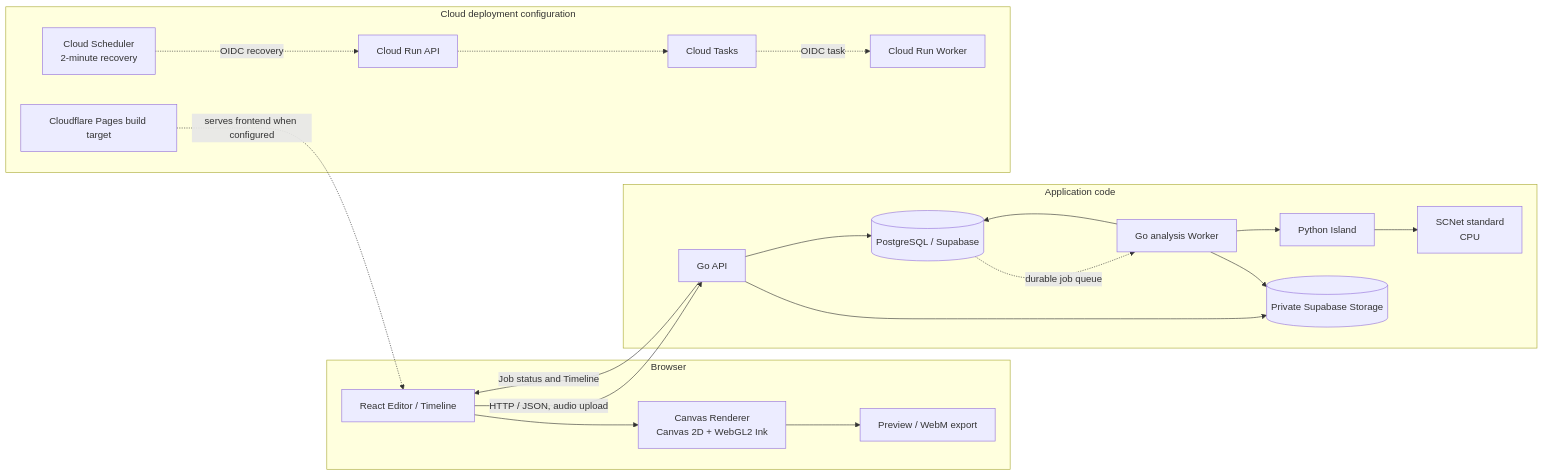
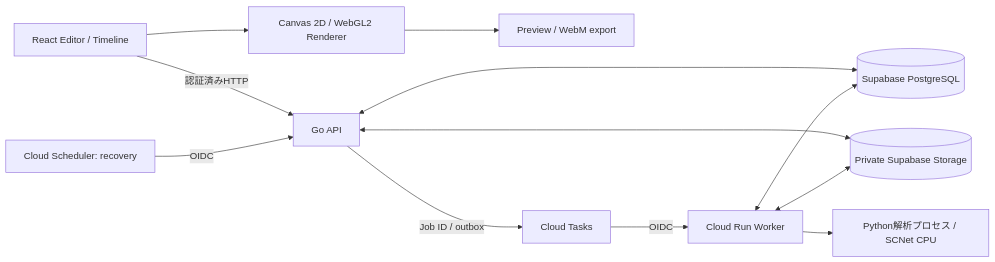
Before and after one commit to JunA-priv/audio-reactive-visual-compiler: the diagram in README.md, drawn with Mermaid. The commit also changed other lines of this file, not shown here.

````diff
--- a/README.md
+++ b/README.md
@@ -51,39 +61,14 @@
 ```mermaid
 flowchart LR
-  subgraph Client[Browser]
-    UI[React Editor / Timeline]
-    Render[Canvas Renderer<br/>Canvas 2D + WebGL2 Ink]
-    Export[Preview / WebM export]
-    UI --> Render --> Export
-  end
-
-  subgraph Services[Application code]
-    API[Go API]
-    Worker[Go analysis Worker]
-    Py[Python Island]
-    SC[SCNet standard<br/>CPU]
-    DB[(PostgreSQL / Supabase)]
-    Store[(Private Supabase Storage)]
-    Worker --> Py --> SC
-    API --> DB
-    Worker --> DB
-    API --> Store
-    Worker --> Store
-  end
-
-  UI -->|HTTP / JSON, audio upload| API
-  API -->|Job status and Timeline| UI
-  DB -. durable job queue .-> Worker
-
-  subgraph CloudTemplates[Cloud deployment configuration]
-    Tasks[Cloud Tasks]
-    Scheduler[Cloud Scheduler<br/>2-minute recovery]
-    RunAPI[Cloud Run API]
-    RunWorker[Cloud Run Worker]
-    CF[Cloudflare Pages build target]
-    RunAPI -.-> Tasks
-    Tasks -.OIDC task.-> RunWorker
-    Scheduler -.OIDC recovery.-> RunAPI
-    CF -.serves frontend when configured.-> UI
-  end
+    Browser["React Editor / Timeline"] -->|"認証済みHTTP"| API["Go API"]
+    Browser --> Renderer["Canvas 2D / WebGL2 Renderer"]
+    Renderer --> Export["Preview / WebM export"]
+    API <--> DB[("Supabase PostgreSQL")]
+    API <--> Storage[("Private Supabase Storage")]
+    API -->|"Job ID / outbox"| Tasks["Cloud Tasks"]
+    Tasks -->|"OIDC"| Worker["Cloud Run Worker"]
+    Worker --> Python["Python解析プロセス / SCNet CPU"]
+    Worker <--> DB
+    Worker <--> Storage
+    Scheduler["Cloud Scheduler: recovery"] -->|"OIDC"| API
 ```
````
